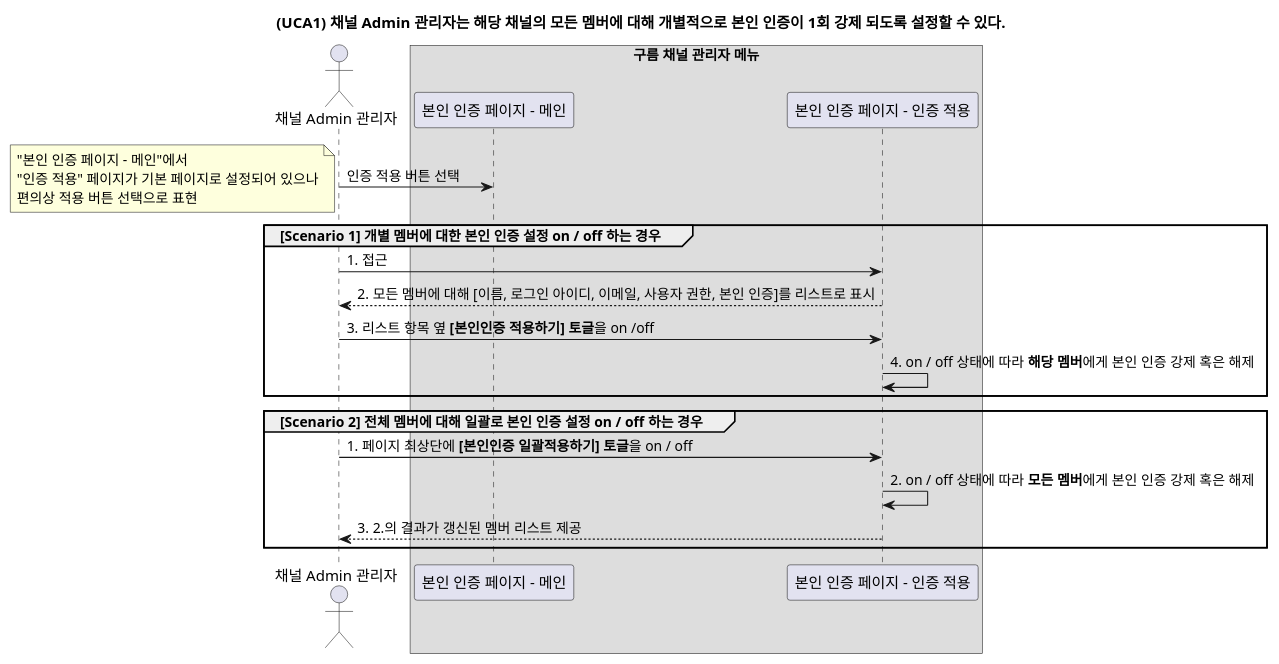
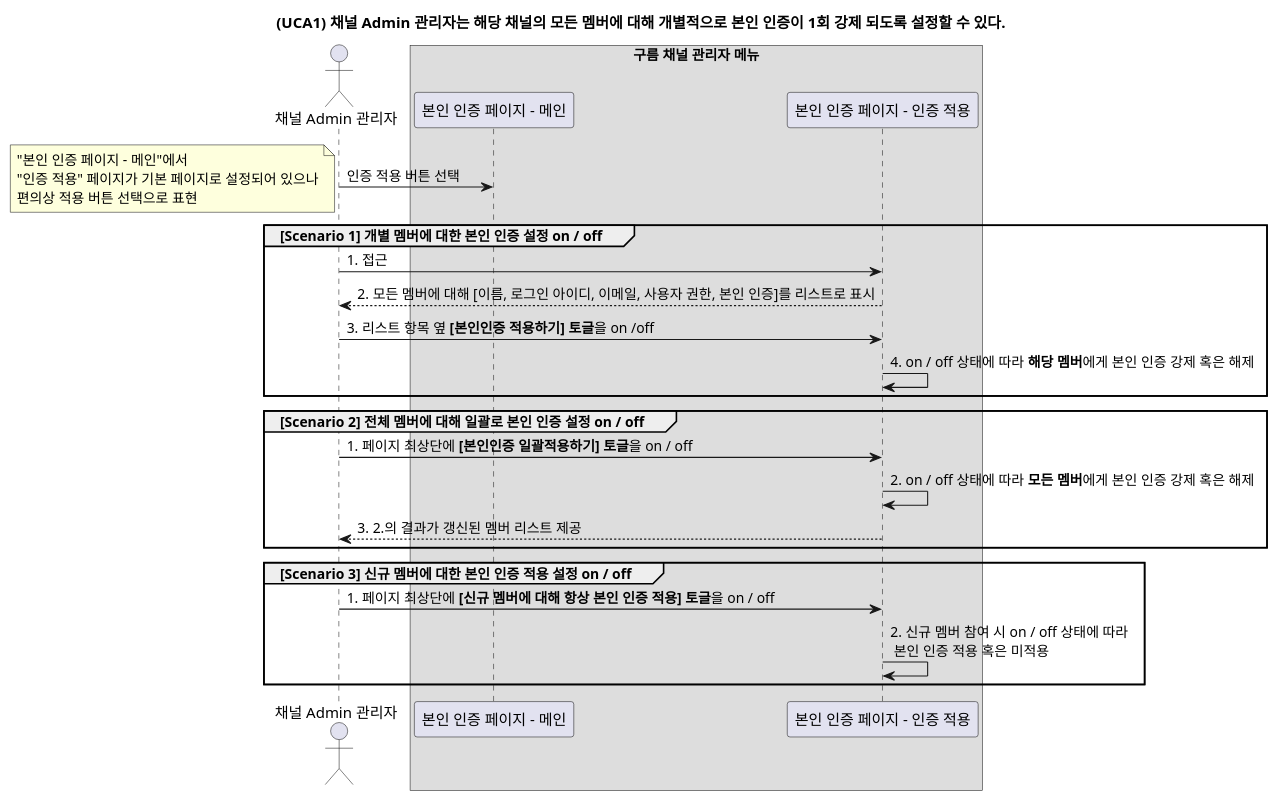
Before and after one commit to YoonsooOh/tech-study: the diagram in 본인인증기획/시퀀스 다이어그램/UCA1.puml, drawn with PlantUML. The commit also changed 1 other file, not shown here.

```diff
--- a/본인인증기획/시퀀스 다이어그램/UCA1.puml
+++ b/본인인증기획/시퀀스 다이어그램/UCA1.puml
@@ -1,32 +1,37 @@
 @startuml
 
 title (UCA1) 채널 Admin 관리자는 해당 채널의 모든 멤버에 대해 개별적으로 본인 인증이 1회 강제 되도록 설정할 수 있다.
 
 actor "채널 Admin 관리자"
 
 box "구름 채널 관리자 메뉴"
 participant "본인 인증 페이지 - 메인"
 participant "본인 인증 페이지 - 인증 적용"
 endbox
 
 "채널 Admin 관리자" -> "본인 인증 페이지 - 메인" : 인증 적용 버튼 선택
 note left
 "본인 인증 페이지 - 메인"에서
 "인증 적용" 페이지가 기본 페이지로 설정되어 있으나
 편의상 적용 버튼 선택으로 표현
 end note
 
 
-group [Scenario 1] 개별 멤버에 대한 본인 인증 설정 on / off 하는 경우
+group [Scenario 1] 개별 멤버에 대한 본인 인증 설정 on / off
 "채널 Admin 관리자" -> "본인 인증 페이지 - 인증 적용" : 1. 접근
 "본인 인증 페이지 - 인증 적용" --> "채널 Admin 관리자" : 2. 모든 멤버에 대해 [이름, 로그인 아이디, 이메일, 사용자 권한, 본인 인증]를 리스트로 표시
 "채널 Admin 관리자" -> "본인 인증 페이지 - 인증 적용" : 3. 리스트 항목 옆 **[본인인증 적용하기] 토글**을 on /off
 "본인 인증 페이지 - 인증 적용" -> "본인 인증 페이지 - 인증 적용" : 4. on / off 상태에 따라 **해당 멤버**에게 본인 인증 강제 혹은 해제
 end
 
-group [Scenario 2] 전체 멤버에 대해 일괄로 본인 인증 설정 on / off 하는 경우
+group [Scenario 2] 전체 멤버에 대해 일괄로 본인 인증 설정 on / off
 "채널 Admin 관리자" -> "본인 인증 페이지 - 인증 적용" : 1. 페이지 최상단에 **[본인인증 일괄적용하기] 토글**을 on / off
 "본인 인증 페이지 - 인증 적용" -> "본인 인증 페이지 - 인증 적용" : 2. on / off 상태에 따라 **모든 멤버**에게 본인 인증 강제 혹은 해제
 "본인 인증 페이지 - 인증 적용" --> "채널 Admin 관리자" : 3. 2.의 결과가 갱신된 멤버 리스트 제공
 end
+
+group [Scenario 3] 신규 멤버에 대한 본인 인증 적용 설정 on / off
+"채널 Admin 관리자" -> "본인 인증 페이지 - 인증 적용" : 1. 페이지 최상단에 **[신규 멤버에 대해 항상 본인 인증 적용] 토글**을 on / off
+"본인 인증 페이지 - 인증 적용" -> "본인 인증 페이지 - 인증 적용" : 2. 신규 멤버 참여 시 on / off 상태에 따라 \n 본인 인증 적용 혹은 미적용
+end
 @enduml
```
